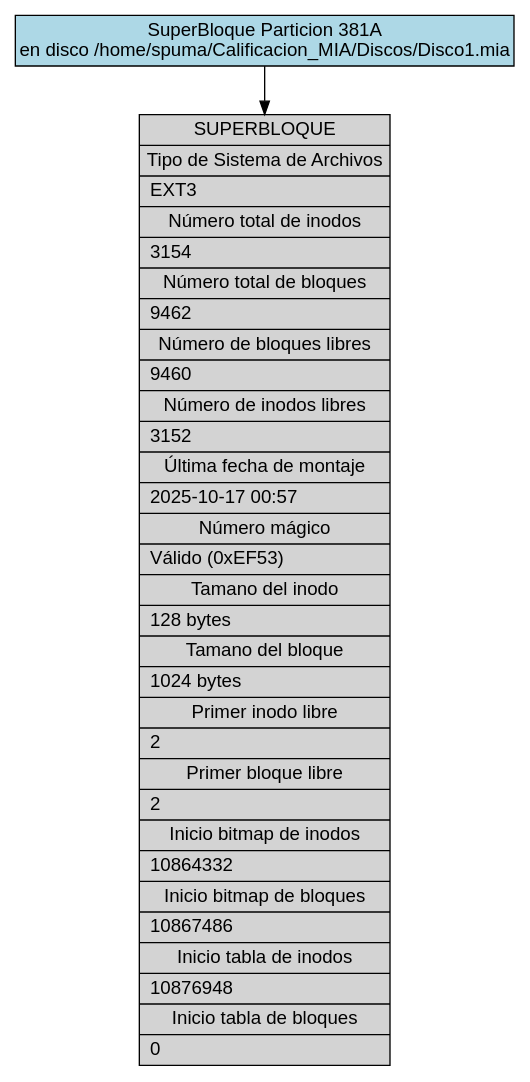
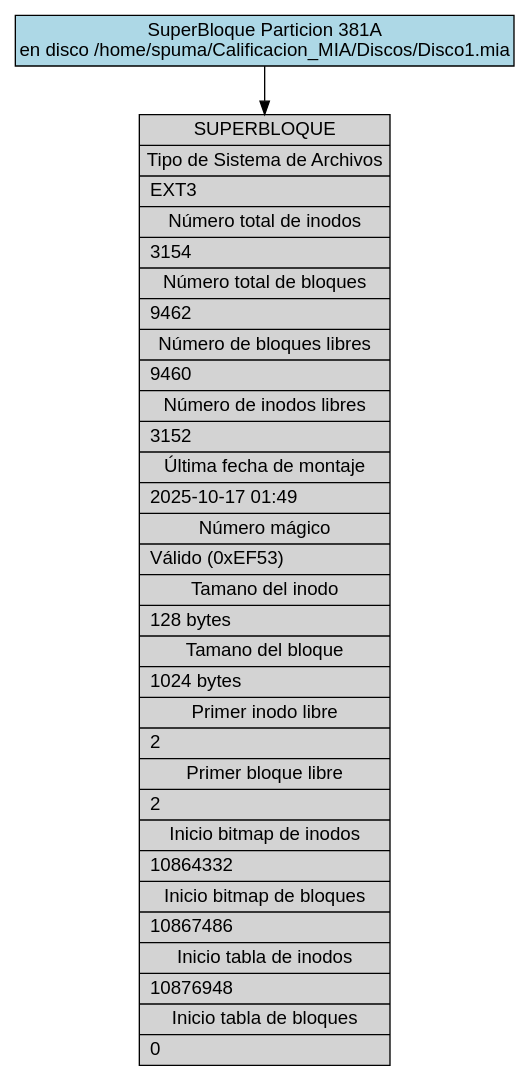
Before and after one commit to DiegVas/MIA_2S2025_P2_202300638: the diagram in backend/provider/reports/src/sb_381A.dot, drawn with Graphviz. The commit also changed 9 other files, not shown here.

```diff
--- a/backend/provider/reports/src/sb_381A.dot
+++ b/backend/provider/reports/src/sb_381A.dot
@@ -1,13 +1,13 @@
 digraph Superblock_Report {
     rankdir=TB;
     node [shape=record, fontname="Arial"];
     edge [fontname="Arial"];
     graph [fontname="Arial"];
 
     title [label="SuperBloque Particion 381A\nen disco /home/spuma/Calificacion_MIA/Discos/Disco1.mia", shape=box, style=filled, fillcolor=lightblue];
 
-    superblock [label="{SUPERBLOQUE|Tipo de Sistema de Archivos|EXT3\l|Número total de inodos|3154\l|Número total de bloques|9462\l|Número de bloques libres|9460\l|Número de inodos libres|3152\l|Última fecha de montaje|2025-10-17 00:57\l|Número mágico|Válido (0xEF53)\l|Tamano del inodo|128 bytes\l|Tamano del bloque|1024 bytes\l|Primer inodo libre|2\l|Primer bloque libre|2\l|Inicio bitmap de inodos|10864332\l|Inicio bitmap de bloques|10867486\l|Inicio tabla de inodos|10876948\l|Inicio tabla de bloques|0\l}", style=filled, fillcolor=lightgray];
+    superblock [label="{SUPERBLOQUE|Tipo de Sistema de Archivos|EXT3\l|Número total de inodos|3154\l|Número total de bloques|9462\l|Número de bloques libres|9460\l|Número de inodos libres|3152\l|Última fecha de montaje|2025-10-17 01:49\l|Número mágico|Válido (0xEF53)\l|Tamano del inodo|128 bytes\l|Tamano del bloque|1024 bytes\l|Primer inodo libre|2\l|Primer bloque libre|2\l|Inicio bitmap de inodos|10864332\l|Inicio bitmap de bloques|10867486\l|Inicio tabla de inodos|10876948\l|Inicio tabla de bloques|0\l}", style=filled, fillcolor=lightgray];
 
     title -> superblock;
 
 }
```
